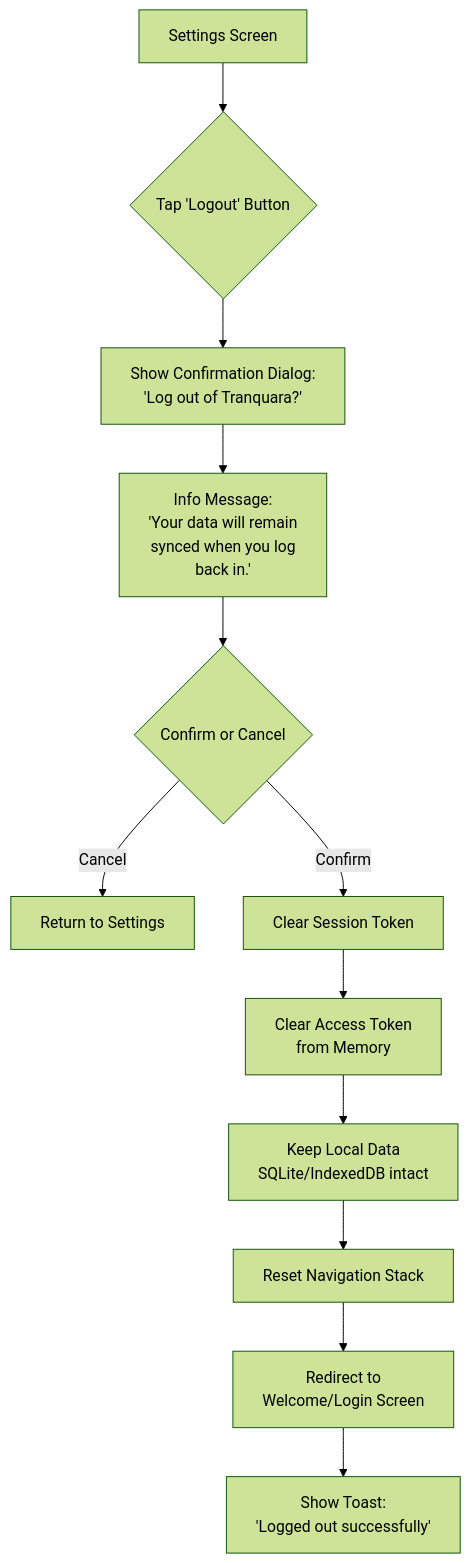
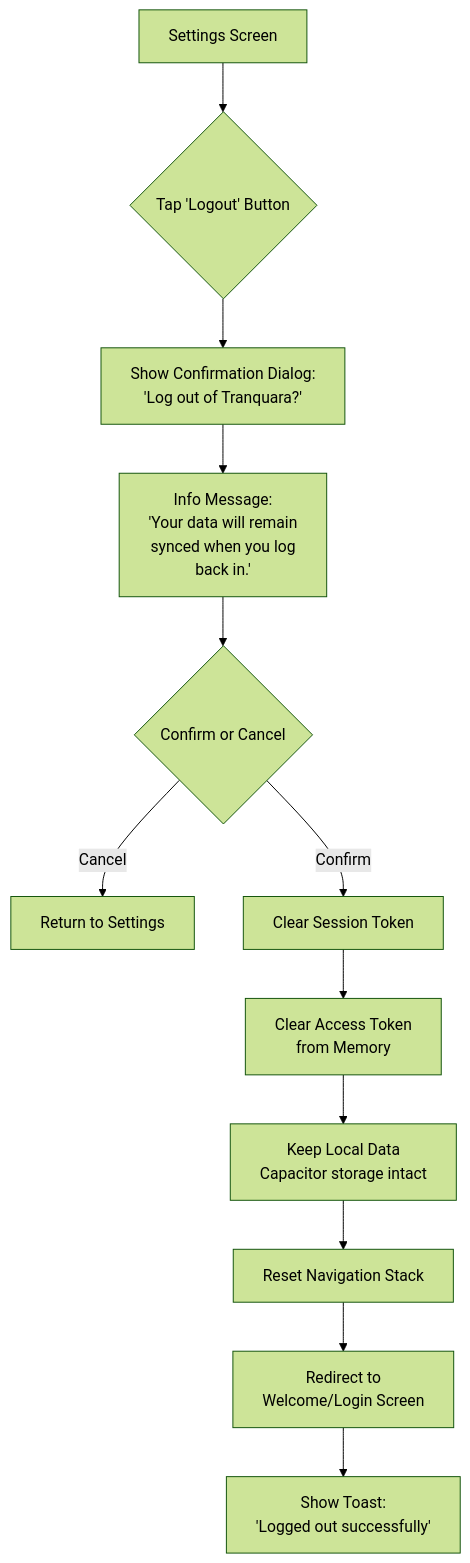
Before and after one commit to Nhatdien/tranquara_frontend: diagram 14 of 14 in feature-design/06. User profile and Settings/01-SETTINGS-FLOWS.md, drawn with Mermaid (forest theme). The commit also changed 18 other files, not shown here.

````diff
--- a/feature-design/06. User profile and Settings/01-SETTINGS-FLOWS.md
+++ b/feature-design/06. User profile and Settings/01-SETTINGS-FLOWS.md
@@ -497,14 +497,14 @@
 ```mermaid
 graph TD
     A[Settings Screen] --> B{Tap 'Logout' Button}
     B --> C[Show Confirmation Dialog:<br/>'Log out of Tranquara?']
     C --> D[Info Message:<br/>'Your data will remain<br/>synced when you log<br/>back in.']
     D --> E{Confirm or Cancel}
     E -->|Cancel| F[Return to Settings]
     E -->|Confirm| G[Clear Session Token]
     G --> H[Clear Access Token<br/>from Memory]
-    H --> I[Keep Local Data<br/>SQLite/IndexedDB intact]
+    H --> I[Keep Local Data<br/>Capacitor storage intact]
     I --> J[Reset Navigation Stack]
     J --> K[Redirect to<br/>Welcome/Login Screen]
     K --> L[Show Toast:<br/>'Logged out successfully']
 ```
````
